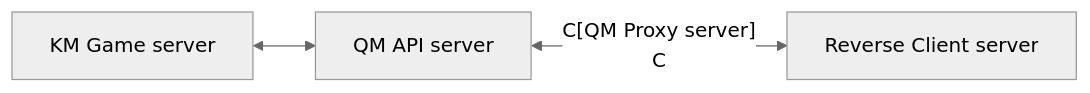
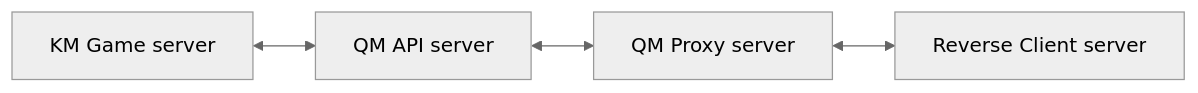
The second of 2 diagrams in reverse/reverse-readme.md (jerry-yeh-doc/km-support-docs), drawn with Mermaid (neutral theme) before and after one commit. The commit also changed other lines of this file, not shown here.

````diff
--- a/reverse/reverse-readme.md
+++ b/reverse/reverse-readme.md
@@ -16,6 +16,6 @@
 ```mermaid
 graph LR
     A[KM Game server] <--> B[QM API server]
-    B -- C[QM Proxy server]
+    B <--> C[QM Proxy server]
 	C <--> D[Reverse Client server]
 ```
````
